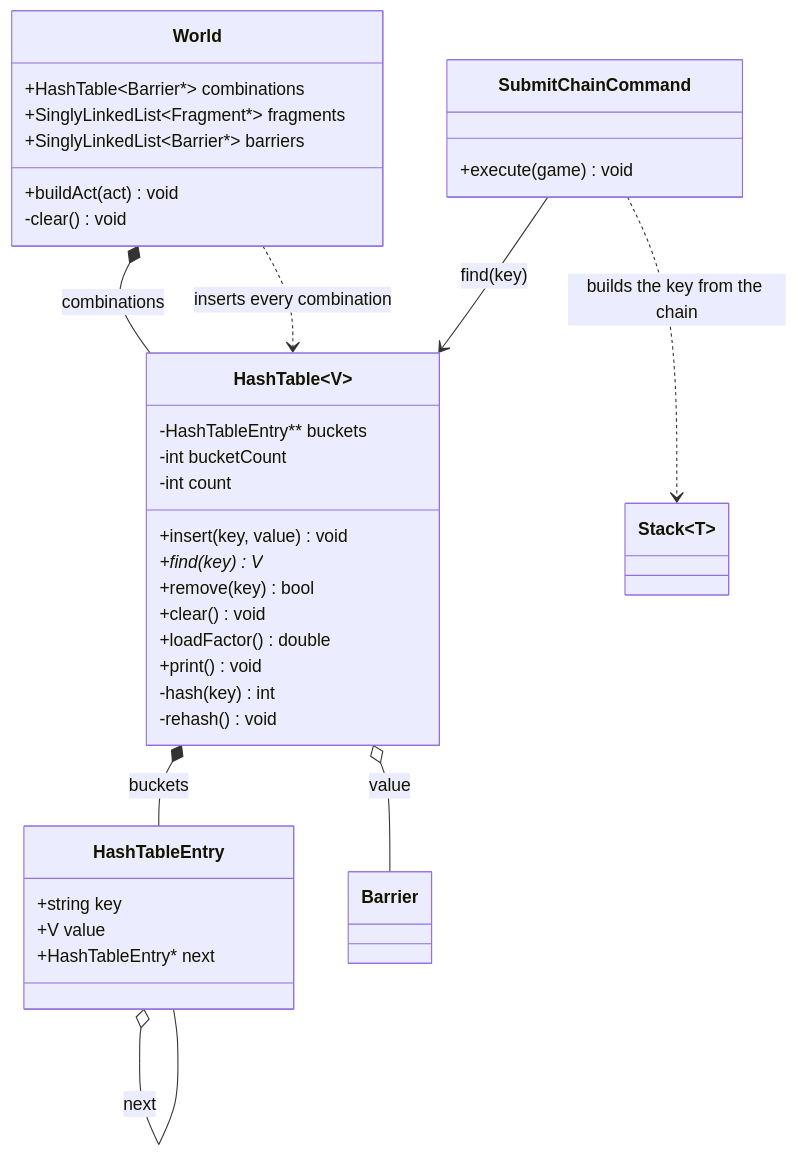
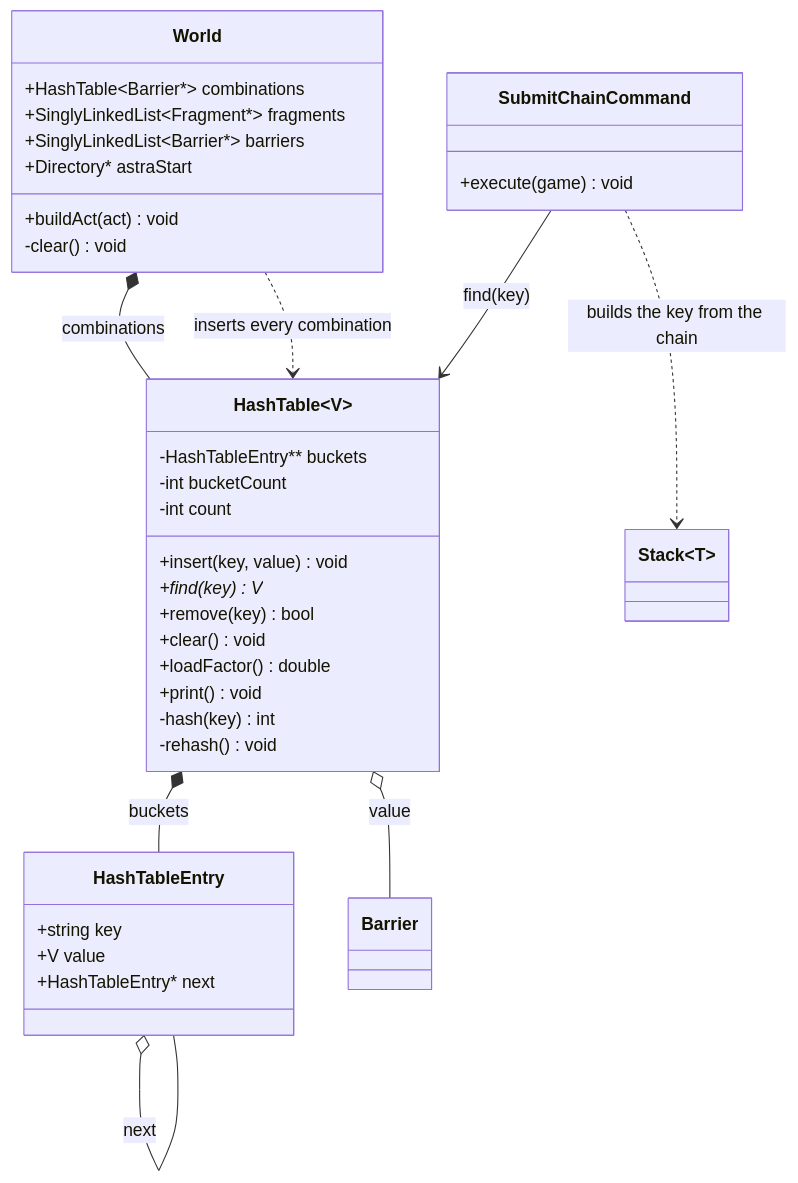
Before and after one commit to Lawrensu/Deviant: the fourth of 11 diagrams in docs/class_diagram.md, drawn with Mermaid. The commit also changed other lines of this file and 17 other files, not shown here.

````diff
--- a/docs/class_diagram.md
+++ b/docs/class_diagram.md
@@ -161,41 +161,42 @@
 ```mermaid
 classDiagram
     class HashTable~V~ {
         -HashTableEntry** buckets
         -int bucketCount
         -int count
         +insert(key, value) void
         +find(key) V*
         +remove(key) bool
         +clear() void
         +loadFactor() double
         +print() void
         -hash(key) int
         -rehash() void
     }
     class HashTableEntry {
         +string key
         +V value
         +HashTableEntry* next
     }
     class World {
         +HashTable~Barrier*~ combinations
         +SinglyLinkedList~Fragment*~ fragments
         +SinglyLinkedList~Barrier*~ barriers
+        +Directory* astraStart
         +buildAct(act) void
         -clear() void
     }
     class SubmitChainCommand {
         +execute(game) void
     }
     class Barrier
     class Stack~T~
 
     HashTable *-- HashTableEntry : buckets
     HashTableEntry o-- HashTableEntry : next
     World *-- HashTable : combinations
     World ..> HashTable : inserts every combination
     SubmitChainCommand ..> Stack : builds the key from the chain
     SubmitChainCommand --> HashTable : find(key)
     HashTable o-- Barrier : value
 ```
````
